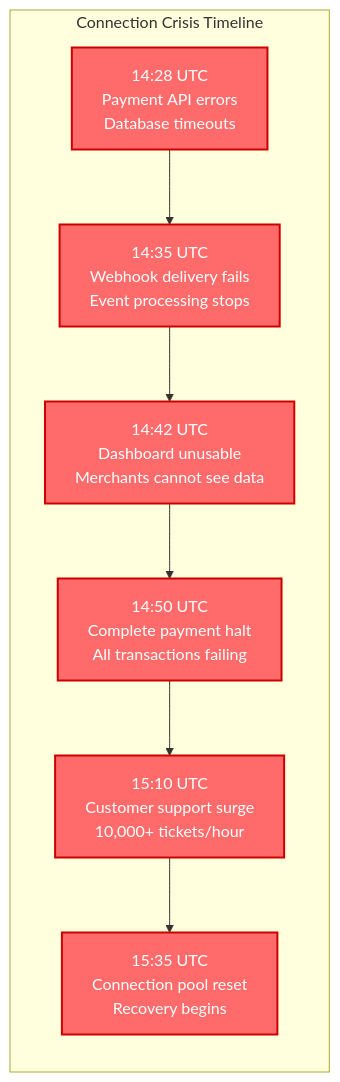
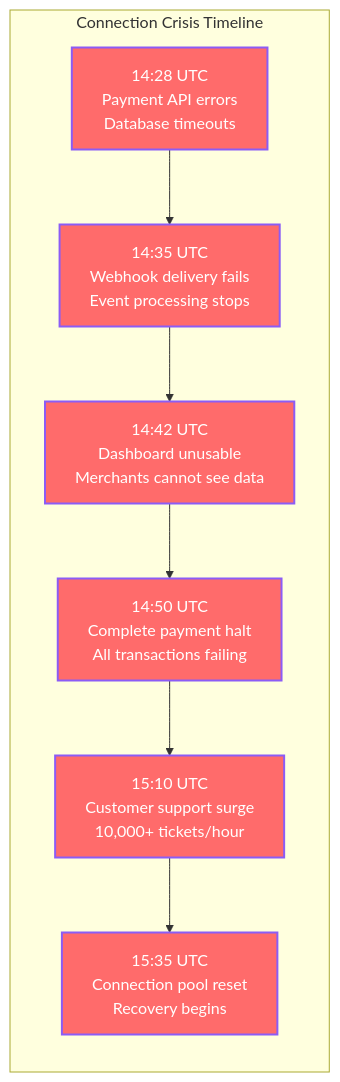
Before and after one commit to deepaucksharma/DS: the fourth of 11 diagrams in site/docs/incidents/stripe-july-2023.md, drawn with Mermaid. The commit also changed other lines of this file and 303 other files, not shown here.

````diff
--- a/site/docs/incidents/stripe-july-2023.md
+++ b/site/docs/incidents/stripe-july-2023.md
@@ -154,16 +154,16 @@
 ```mermaid
 graph LR
     subgraph "Connection Crisis Timeline"
         A[14:28 UTC<br/>Payment API errors<br/>Database timeouts]
         B[14:35 UTC<br/>Webhook delivery fails<br/>Event processing stops]
         C[14:42 UTC<br/>Dashboard unusable<br/>Merchants cannot see data]
         D[14:50 UTC<br/>Complete payment halt<br/>All transactions failing]
         E[15:10 UTC<br/>Customer support surge<br/>10,000+ tickets/hour]
         F[15:35 UTC<br/>Connection pool reset<br/>Recovery begins]
     end
 
     A --> B --> C --> D --> E --> F
 
-    classDef connectionStyle fill:#FF6B6B,stroke:#CC0000,color:#fff,stroke-width:2px
+    classDef connectionStyle fill:#FF6B6B,stroke:#8B5CF6,color:#fff,stroke-width:2px
     class A,B,C,D,E,F connectionStyle
 ```
````
